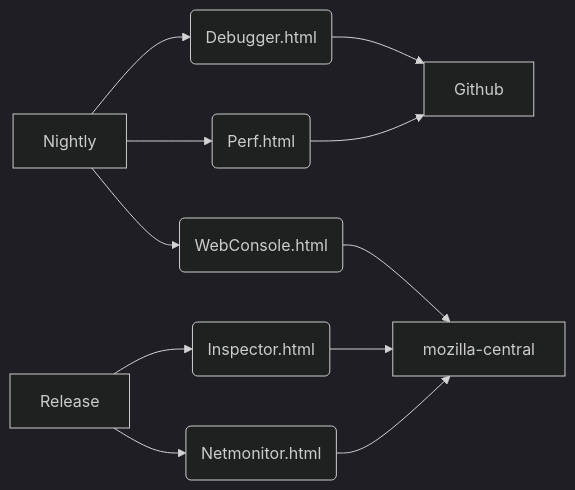
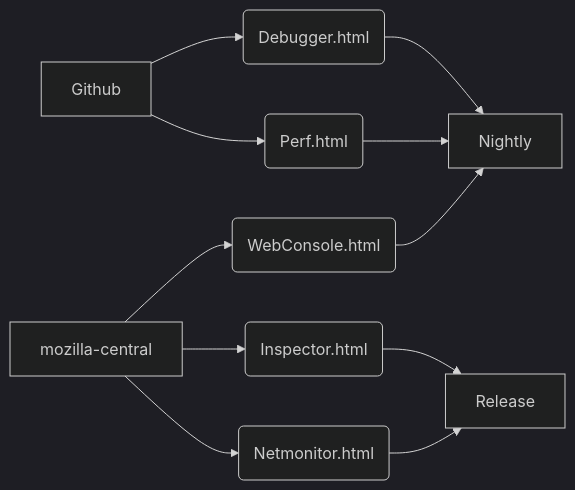
One commit to gasolin/blog changed the third of 5 diagrams in source/_posts/current-progress-of-netmonitor-html.md. Above: the diagram before and after it, drawn with Mermaid (dark theme).

Commit message:
update diagram

```diff
--- a/source/_posts/current-progress-of-netmonitor-html.md
+++ b/source/_posts/current-progress-of-netmonitor-html.md
@@ -47,13 +47,13 @@
 {% mermaid %}
 graph LR
-Nightly --> debugger(Debugger.html)
-Nightly --> perf(Perf.html)
-Nightly --> webconsole(WebConsole.html)
-debugger --> standalone[Github]
-perf --> standalone
-webconsole --> refactor[mozilla-central]
-Release --> inspector(Inspector.html)
-Release --> netmonitor(Netmonitor.html)
-inspector --> refactor
-netmonitor --> refactor
+debugger(Debugger.html) --> Nightly
+perf(Perf.html) --> Nightly
+webconsole(WebConsole.html) --> Nightly
+standalone[Github] --> debugger
+standalone --> perf
+refactor[mozilla-central] --> webconsole
+inspector(Inspector.html) --> Release
+netmonitor(Netmonitor.html) --> Release
+refactor --> inspector
+refactor --> netmonitor
 {% endmermaid %}
```
